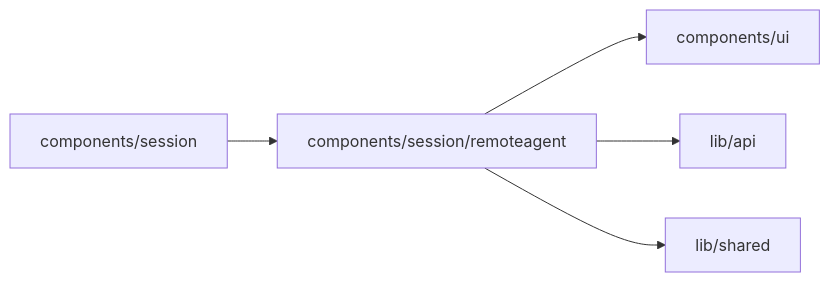
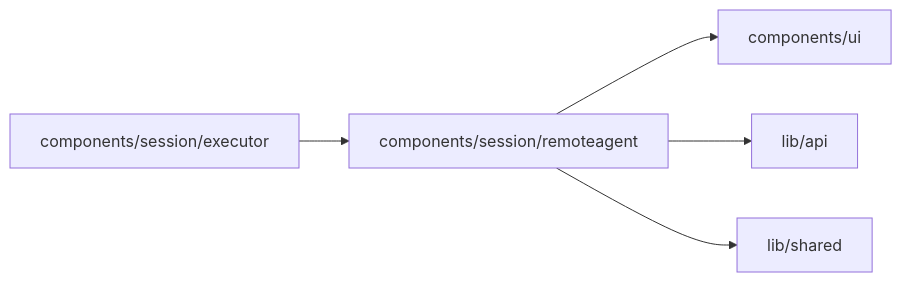
The diagram in web/studio/components/session/remoteagent/README.md (superdurable/superverse), drawn with Mermaid before and after one commit. The commit also changed other lines of this file and 47 other files, not shown here.

````diff
--- a/web/studio/components/session/remoteagent/README.md
+++ b/web/studio/components/session/remoteagent/README.md
@@ -10,8 +10,8 @@
 ```mermaid
 flowchart LR
   self["components/session/remoteagent"]
-  c0["components/session"] --> self
+  c0["components/session/executor"] --> self
   self --> d0["components/ui"]
   self --> d1["lib/api"]
   self --> d2["lib/shared"]
 ```
````
